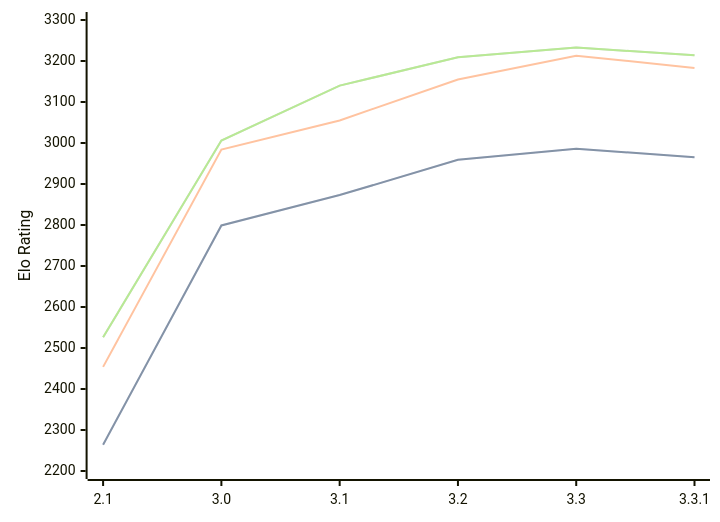
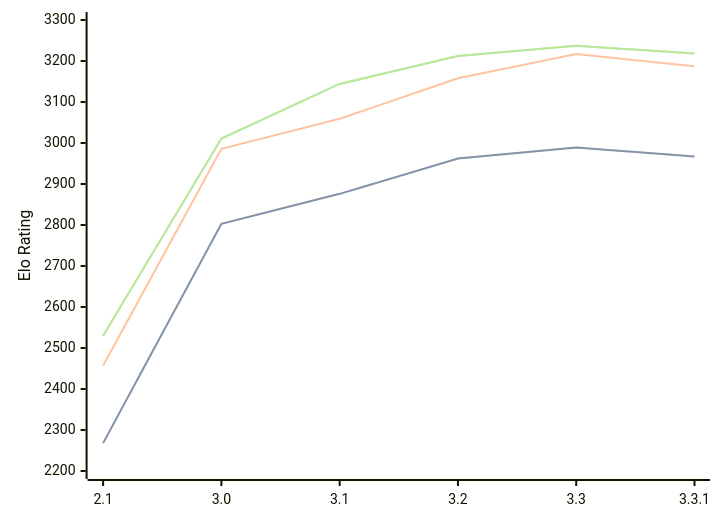
One commit to computer-chess-index/cci changed the diagram in engines/Petrel.md. Above: the diagram before and after it, drawn with Mermaid. The commit also changed other lines of this file, not shown here.

Commit message:
Update CCI Ratings (ELO VLTC) - 2026-05-02

````diff
--- a/engines/Petrel.md
+++ b/engines/Petrel.md
@@ -45,11 +45,11 @@
 ```mermaid
 %%{init: {"theme":"base","themeVariables":{"seriesColors:['#a3a3a3','#222221','#faa371']}}}%%
 xychart-beta
   x-axis ["2.1", "3.0", "3.1", "3.2", "3.3", "3.3.1"]
   y-axis "Elo Rating" 2200 --> 3300
-  line "STC (8.0+0.08s)" [2264, 2799, 2873, 2959, 2986, 2965]
-  line "STC (8.0+0.08s)" [2264, 2799, 2873, 2959, 2986, 2965]
-  line "LTC (60.0+0.60s)" [2454, 2984, 3055, 3155, 3213, 3183]
-  line "VLTC (2m24s+1.12s)" [2526, 3006, 3140, 3209, 3233, 3214]
-  line "VLTC (2m24s+1.12s)" [2526, 3006, 3140, 3209, 3233, 3214]
+  line "STC (8.0+0.08s)" [2268, 2803, 2876, 2962, 2989, 2967]
+  line "STC (8.0+0.08s)" [2268, 2803, 2876, 2962, 2989, 2967]
+  line "LTC (60.0+0.60s)" [2457, 2986, 3059, 3158, 3217, 3187]
+  line "VLTC (2m24s+1.12s)" [2530, 3011, 3144, 3212, 3237, 3218]
+  line "VLTC (2m24s+1.12s)" [2530, 3011, 3144, 3212, 3237, 3218]
 ```
````
